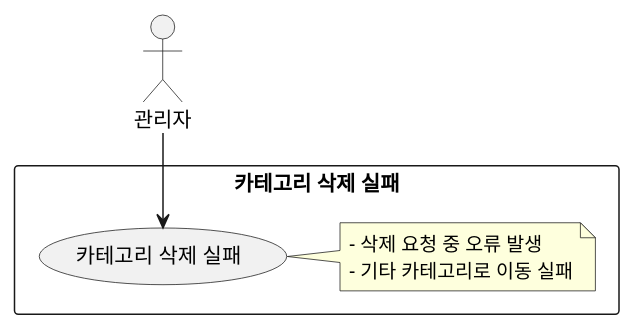
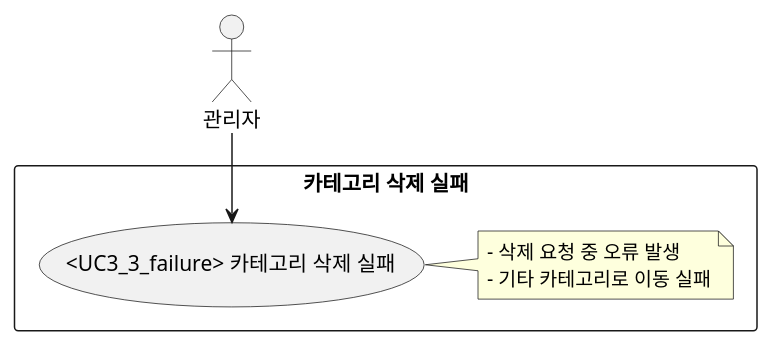
Before and after one commit to f-lab-edu/mini-mart: the diagram in docs/uml/admin/category/uc3_3_failure.puml, drawn with PlantUML. The commit also changed 55 other files, not shown here.

```diff
--- a/docs/uml/admin/category/uc3_3_failure.puml
+++ b/docs/uml/admin/category/uc3_3_failure.puml
@@ -1,13 +1,13 @@
 @startuml
 actor "관리자" as Admin
 
 rectangle "카테고리 삭제 실패" {
-  usecase "카테고리 삭제 실패" as UC3_3_failure
+  usecase "<UC3_3_failure> 카테고리 삭제 실패" as UC3_3_failure
   note right
   - 삭제 요청 중 오류 발생
   - 기타 카테고리로 이동 실패
   end note
 }
 
 Admin --> UC3_3_failure
 @enduml
```
